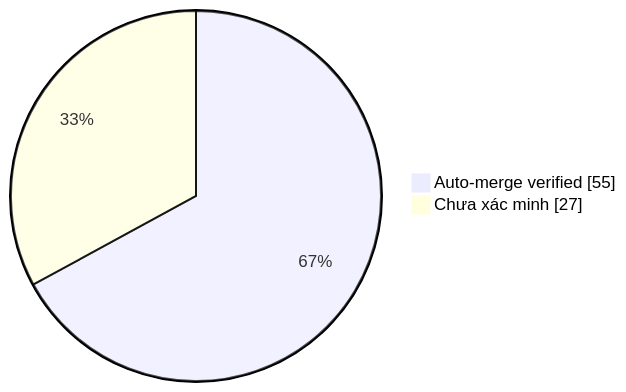
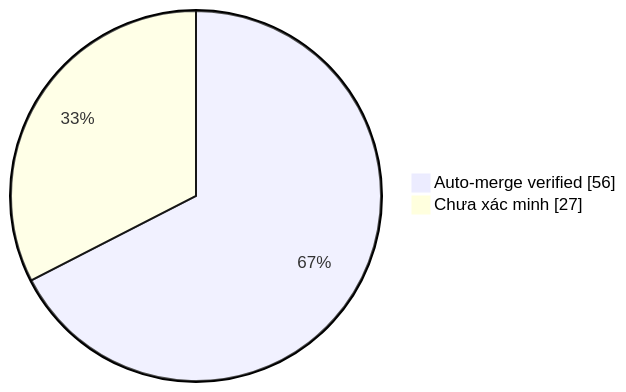
One commit to duykhang68/tetdinhmuiblog changed the diagram in collector.md. Above: the diagram before and after it, drawn with Mermaid. The commit also changed other lines of this file and 1 other file, not shown here.

Commit message:
docs(collector): update auto-merge evidence dashboard

````diff
--- a/collector.md
+++ b/collector.md
@@ -22,5 +22,5 @@
 ```mermaid
 pie showData
-    "Auto-merge verified" : 55
+    "Auto-merge verified" : 56
     "Chưa xác minh" : 27
 ```
````
